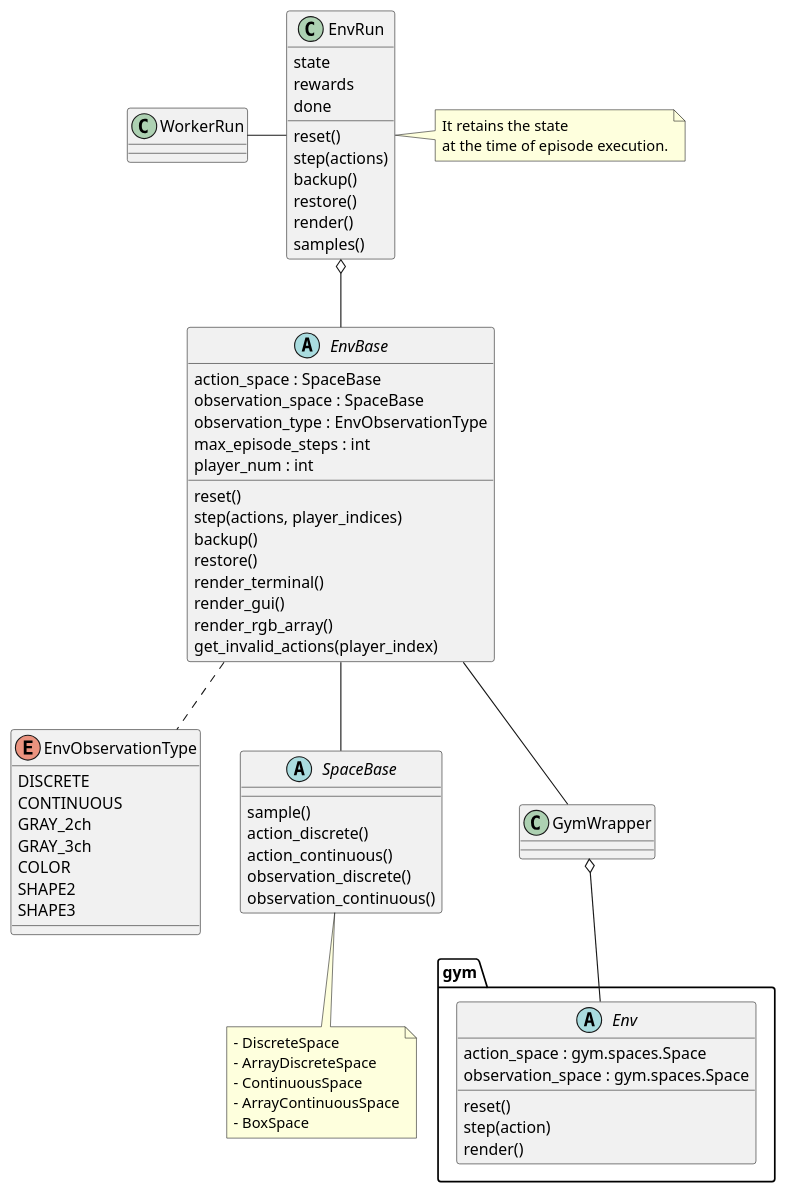
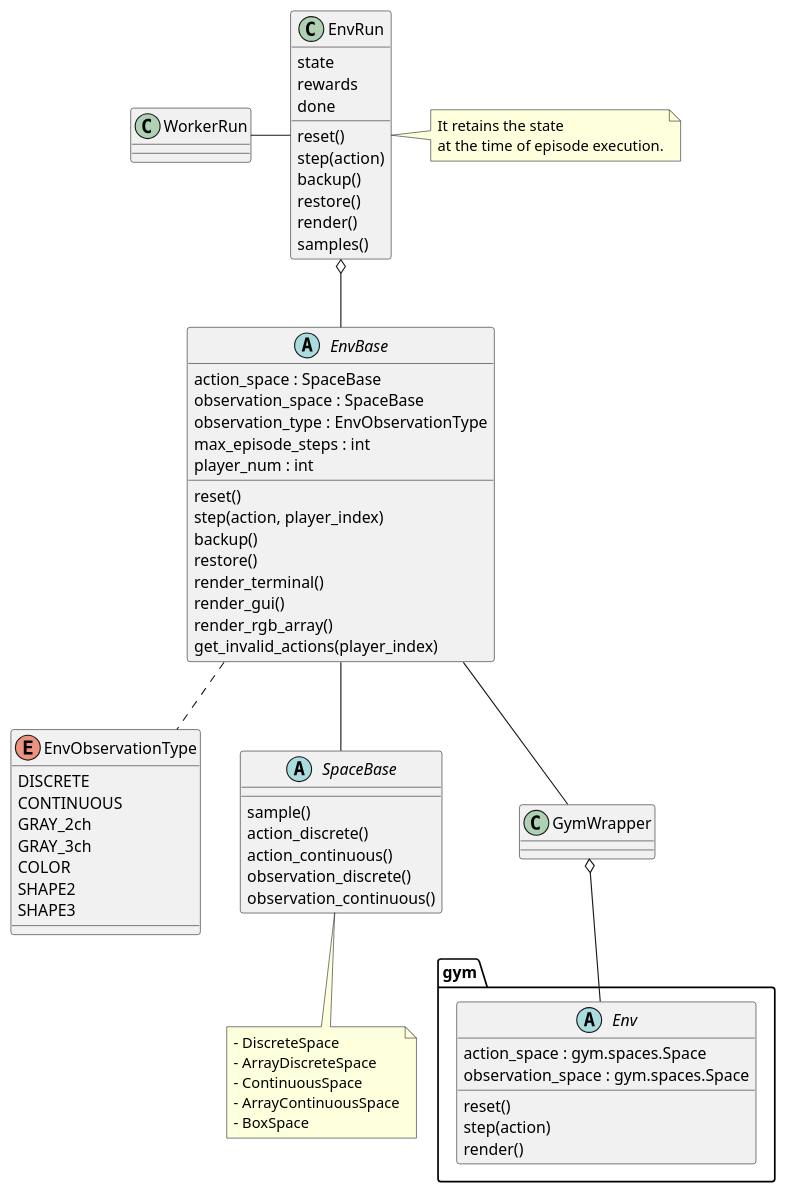
One commit to pocokhc/simple_distributed_rl changed the diagram in diagrams/class_env.pu. Above: the diagram before and after it, drawn with PlantUML. The commit also changed 24 other files, not shown here.

```diff
--- a/diagrams/class_env.pu
+++ b/diagrams/class_env.pu
@@ -1,90 +1,90 @@
 @startuml class_env
 
 enum EnvObservationType {
     DISCRETE
     CONTINUOUS
     GRAY_2ch
     GRAY_3ch
     COLOR
     SHAPE2
     SHAPE3
 }
 
 
 abstract SpaceBase {
     sample()
     action_discrete()
     action_continuous()
     observation_discrete()
     observation_continuous()
 }
 
 note as SpaceMemo
 - DiscreteSpace
 - ArrayDiscreteSpace
 - ContinuousSpace
 - ArrayContinuousSpace
 - BoxSpace
 end note
 
 SpaceBase <|-- SpaceMemo
 
 
 abstract EnvBase {
     action_space : SpaceBase
     observation_space : SpaceBase
     observation_type : EnvObservationType
     max_episode_steps : int
     player_num : int
     reset()
-    step(actions, player_indices)
+    step(action, player_index)
     backup()
     restore()
     render_terminal()
     render_gui()
     render_rgb_array()
     get_invalid_actions(player_index)
 } 
 
 EnvBase .. EnvObservationType
 EnvBase -- SpaceBase
 
 
 abstract gym.Env {
     action_space : gym.spaces.Space
     observation_space : gym.spaces.Space
     reset()
     step(action)
     render()
 }
 class GymWrapper {}
 
 GymWrapper o-- gym.Env
 EnvBase -- GymWrapper
 
 abstract SpaceBase {
 
 }
 
 class EnvRun {
     state
     rewards
     done
     reset()
-    step(actions)
+    step(action)
     backup()
     restore()
     render()
     samples()
 }
 EnvRun o-- EnvBase
 
 note "It retains the state \nat the time of episode execution." as EnvRunMemo
 EnvRun . EnvRunMemo
 
 
 class WorkerRun {}
 WorkerRun - EnvRun
 
 
 @enduml
```
